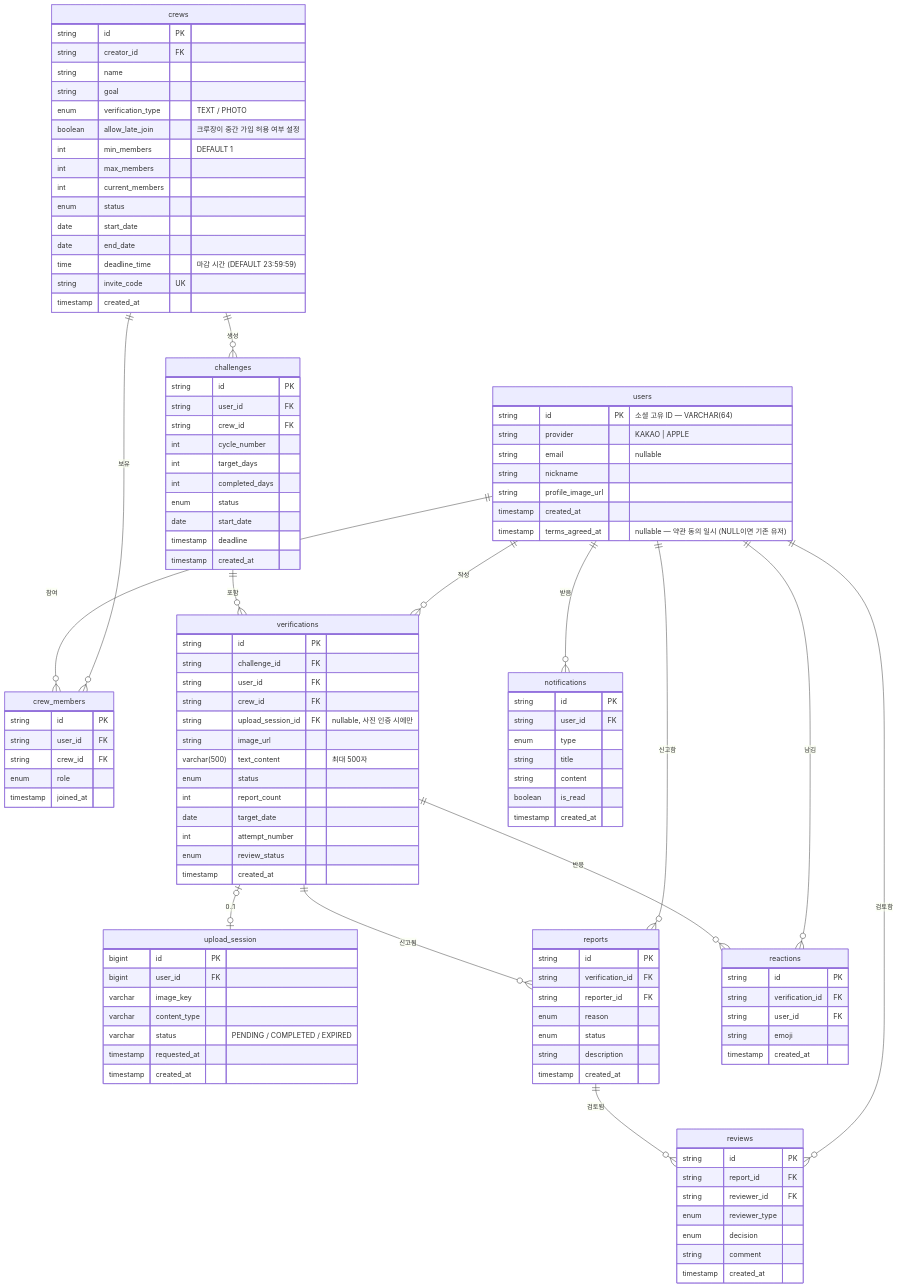
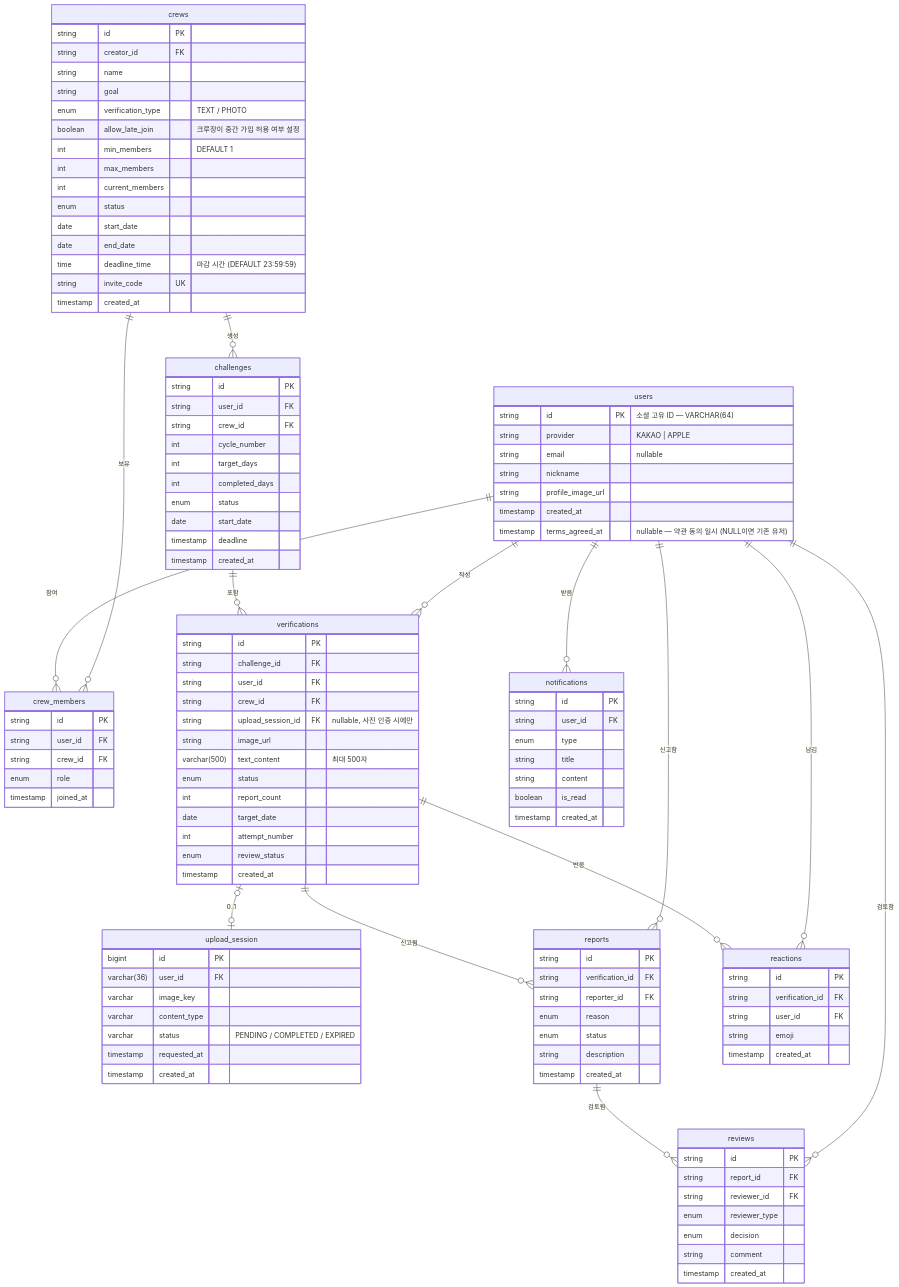
One commit to JianYang98/TriAgain changed the diagram in docs/spec/schema.md. Above: the diagram before and after it, drawn with Mermaid. The commit also changed 2 other files, not shown here.

Commit message:
docs: 코드 vs 문서 불일치 검증 후 문서 정리 - schema.md: upload_session.user_id 타입 bigint → varchar(36) 수정 - api-spec.md: POST /verifications crewId/challengeId 조합 규칙 명확화 - api-spec.md: GET /crews/invite 응답 members에 userId, joinedAt 추가 - api-spec.md: POST /crews, SSE, Internal API 명세 추가 - future-considerations.md: 코드 버그 3건 기록 (최소기간/maxMembers/gracePeriod)

```diff
--- a/docs/spec/schema.md
+++ b/docs/spec/schema.md
@@ -130,7 +130,7 @@
     
     upload_session {
         bigint id PK
-        bigint user_id FK
+        varchar(36) user_id FK
         varchar image_key
         varchar content_type
         varchar status "PENDING / COMPLETED / EXPIRED"
```
